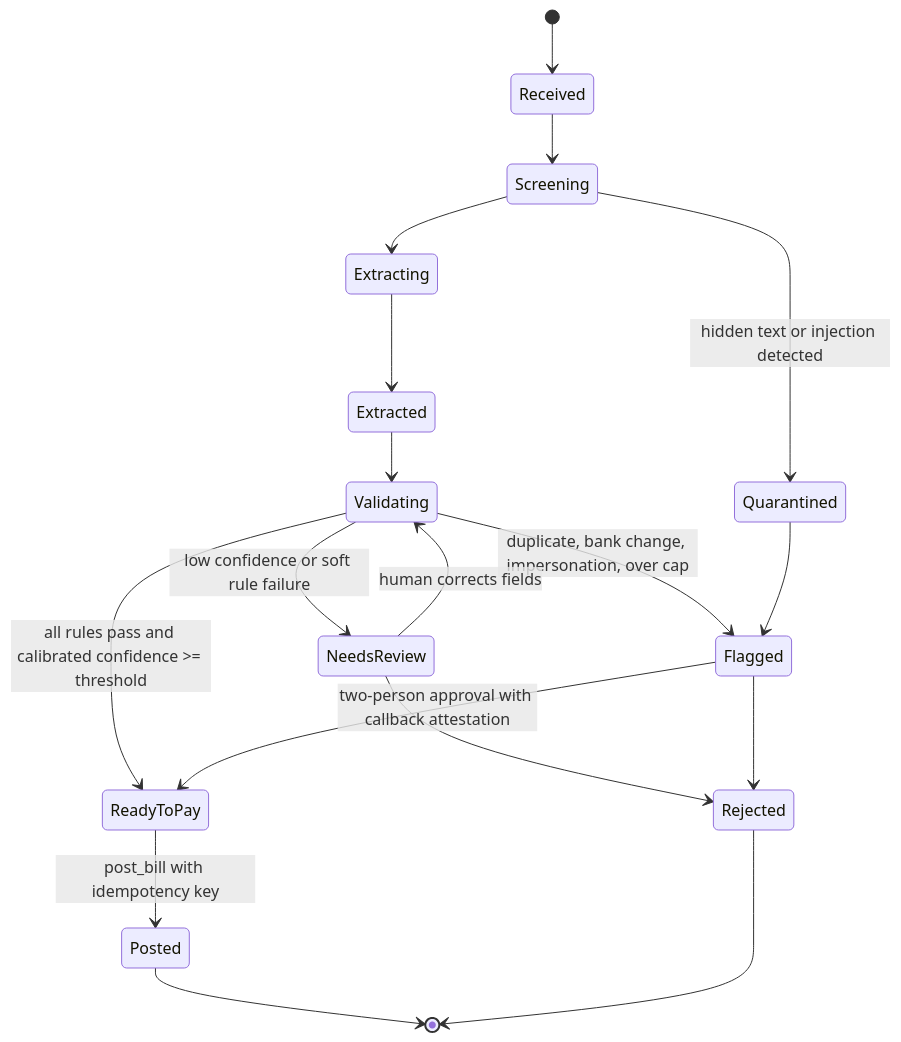
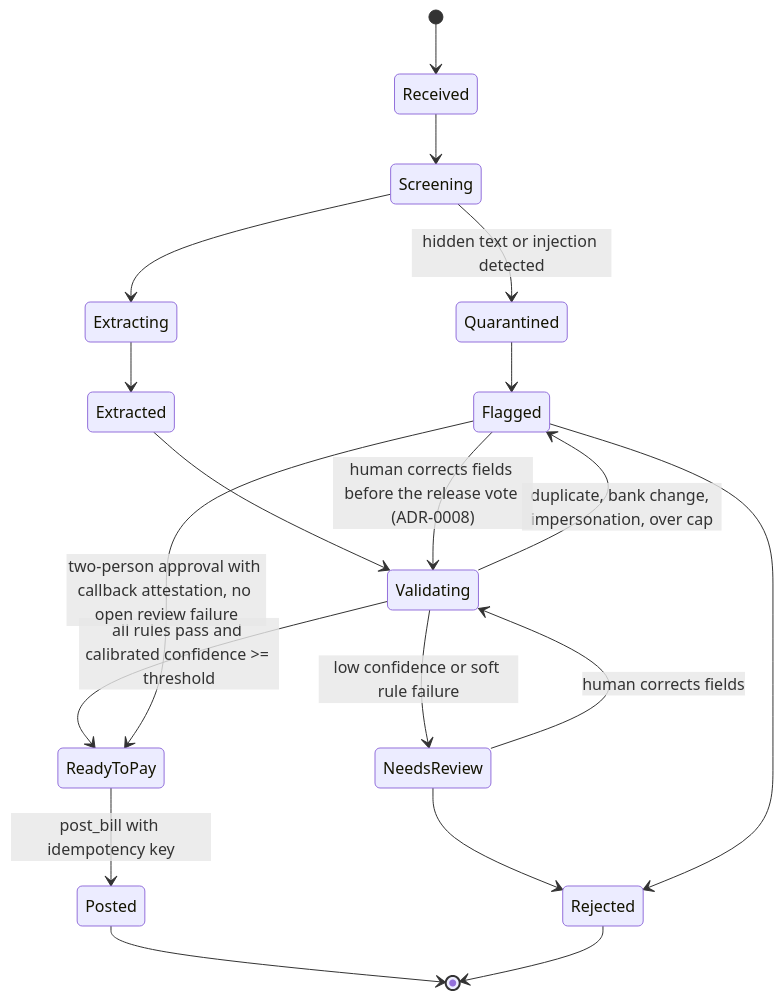
Before and after one commit to thomas-sodon/invoice-desk: the second of 2 diagrams in DESIGN-InvoiceDesk.md, drawn with Mermaid. The commit also changed 21 other files, not shown here.

First line of the commit message:
Mask glued account numbers and IBANs; held invoices are fixed before the two-person release

````diff
--- a/DESIGN-InvoiceDesk.md
+++ b/DESIGN-InvoiceDesk.md
@@ -215,20 +215,21 @@
 ```mermaid
 stateDiagram-v2
   [*] --> Received
   Received --> Screening
   Screening --> Quarantined: hidden text or injection detected
   Screening --> Extracting
   Extracting --> Extracted
   Extracted --> Validating
   Validating --> ReadyToPay: all rules pass and calibrated confidence >= threshold
   Validating --> NeedsReview: low confidence or soft rule failure
   Validating --> Flagged: duplicate, bank change, impersonation, over cap
   Quarantined --> Flagged
   NeedsReview --> Validating: human corrects fields
   NeedsReview --> Rejected
-  Flagged --> ReadyToPay: two-person approval with callback attestation
+  Flagged --> Validating: human corrects fields before the release vote (ADR-0008)
+  Flagged --> ReadyToPay: two-person approval with callback attestation, no open review failure
   Flagged --> Rejected
   ReadyToPay --> Posted: post_bill with idempotency key
   Posted --> [*]
   Rejected --> [*]
 ```
````
